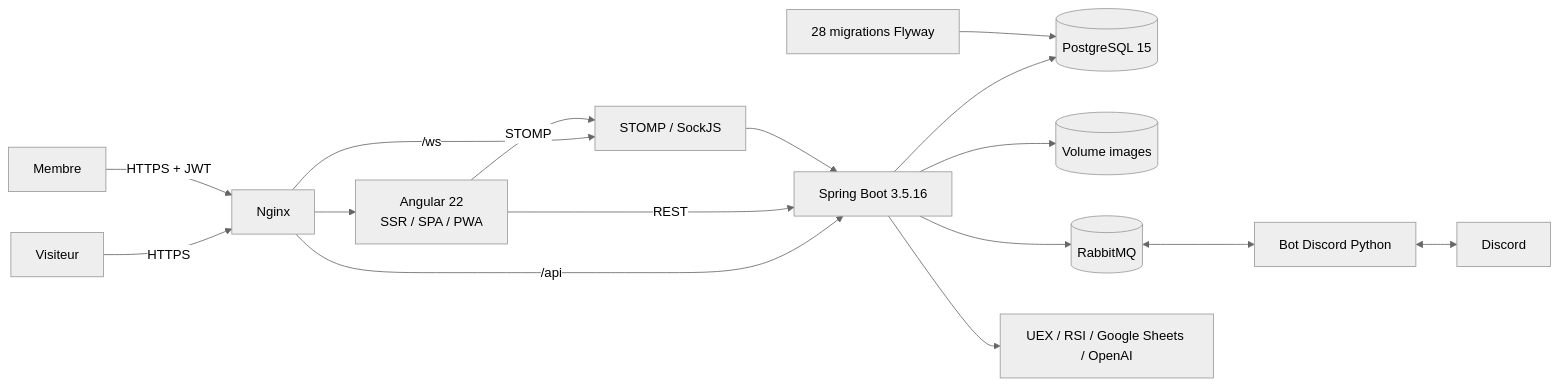
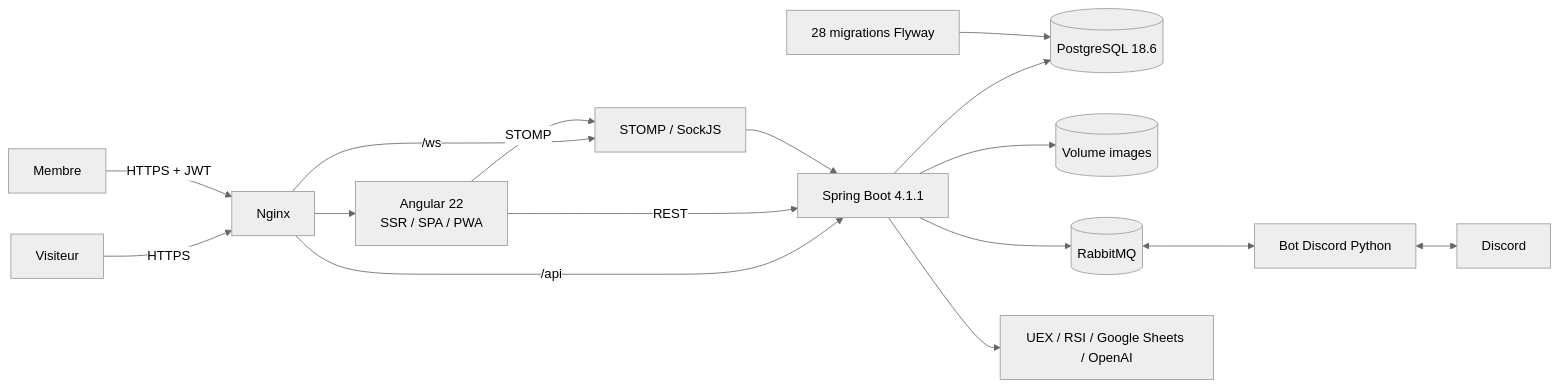
Before and after one commit to Kralone/Icy: the first of 5 diagrams in docs/ARCHITECTURE.md, drawn with Mermaid (neutral theme). The commit also changed 6 other files, not shown here.

Commit message:
Upgrade PostgreSQL to 18.6

````diff
--- a/docs/ARCHITECTURE.md
+++ b/docs/ARCHITECTURE.md
@@ -7,18 +7,18 @@
 ```mermaid
 flowchart LR
     Visitor[Visiteur] -->|HTTPS| Edge[Nginx]
     Member[Membre] -->|HTTPS + JWT| Edge
     Edge --> Angular[Angular 22\nSSR / SPA / PWA]
-    Edge -->|/api| API[Spring Boot 3.5.16]
+    Edge -->|/api| API[Spring Boot 4.1.1]
     Edge -->|/ws| WS[STOMP / SockJS]
     Angular -->|REST| API
     Angular -->|STOMP| WS
     WS --> API
-    API --> PG[(PostgreSQL 15)]
+    API --> PG[(PostgreSQL 18.6)]
     Flyway[28 migrations Flyway] --> PG
     API --> Images[(Volume images)]
     API --> Rabbit[(RabbitMQ)]
     Rabbit <--> Bot[Bot Discord Python]
     Bot <--> Discord[Discord]
     API --> External[UEX / RSI / Google Sheets / OpenAI]
 ```
````
